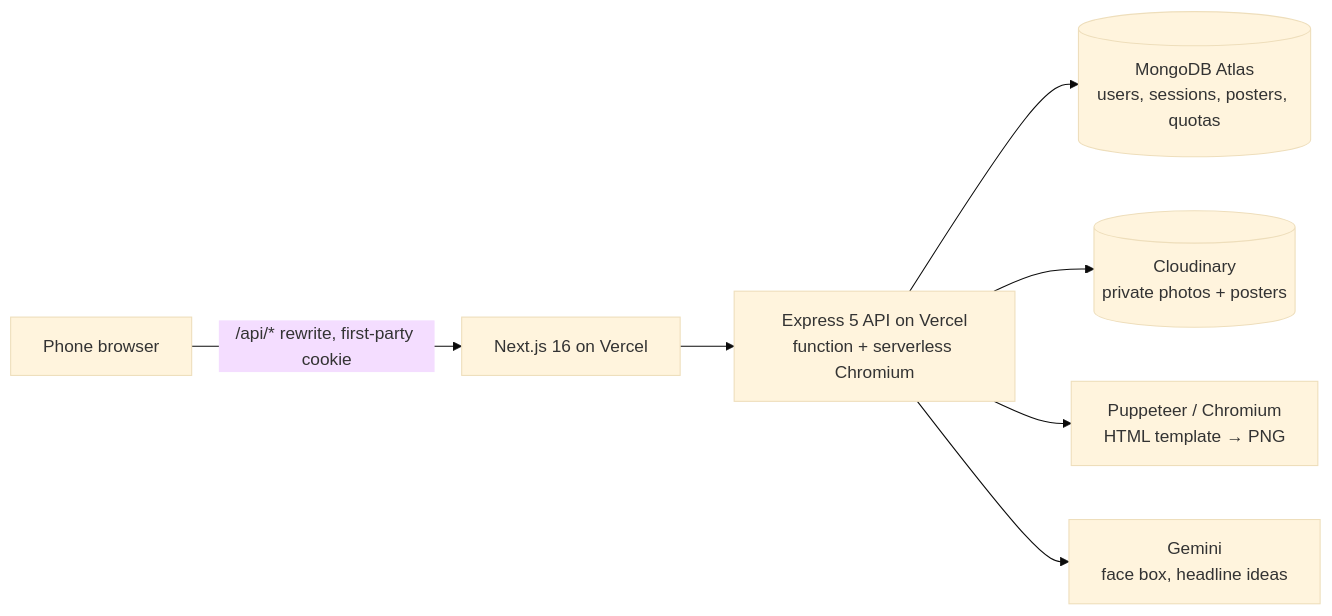
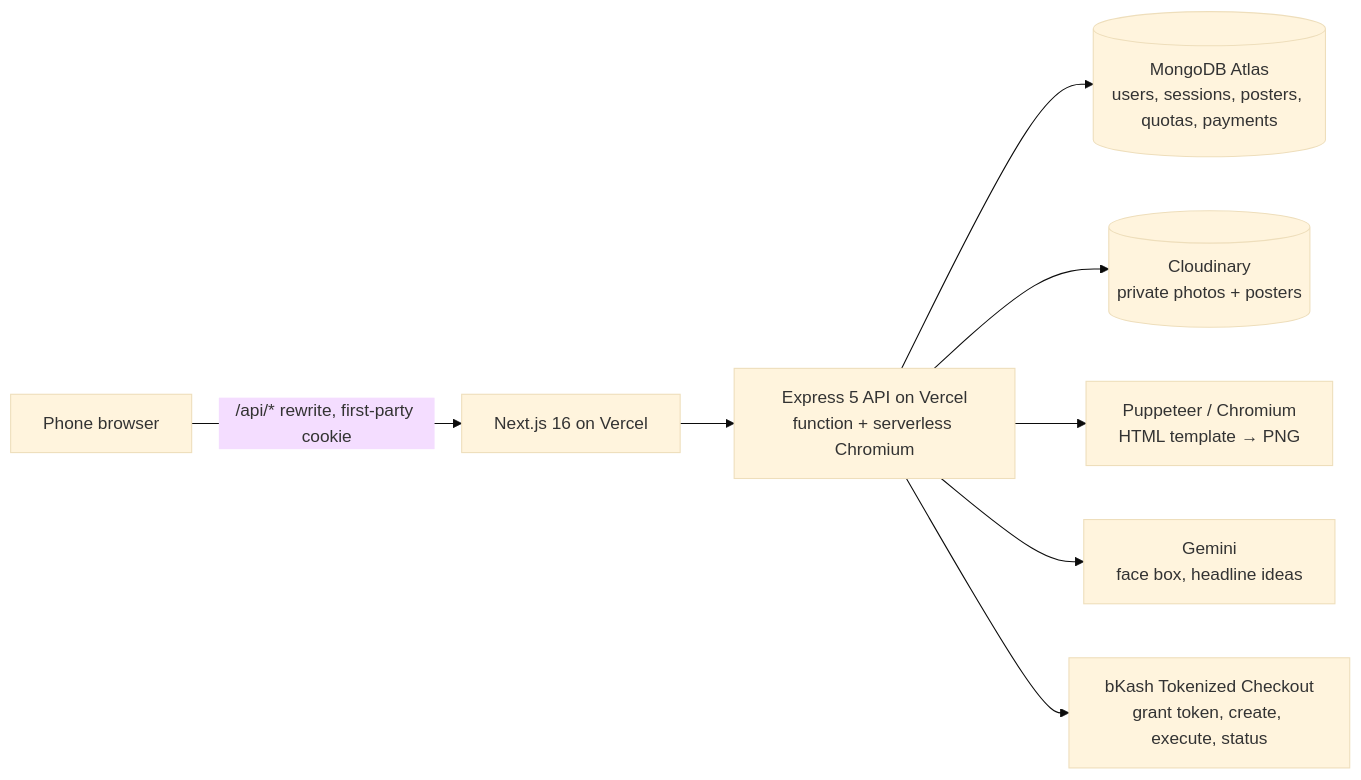
Before and after one commit to souravnath4587-cmd/AI-Political-Poster-Maker: the diagram in README.md, drawn with Mermaid (base theme). The commit also changed other lines of this file and 1 other file, not shown here.

````diff
--- a/README.md
+++ b/README.md
@@ -45,9 +51,10 @@
 ```mermaid
 flowchart LR
   B[Phone browser] -->|/api/* rewrite, first-party cookie| W[Next.js 16 on Vercel]
   W --> A[Express 5 API on Vercel<br/>function + serverless Chromium]
-  A --> M[(MongoDB Atlas<br/>users, sessions, posters, quotas)]
+  A --> M[(MongoDB Atlas<br/>users, sessions, posters, quotas, payments)]
   A --> C[(Cloudinary<br/>private photos + posters)]
   A --> P[Puppeteer / Chromium<br/>HTML template → PNG]
   A --> G[Gemini<br/>face box, headline ideas]
+  A --> K[bKash Tokenized Checkout<br/>grant token, create, execute, status]
 ```
````
